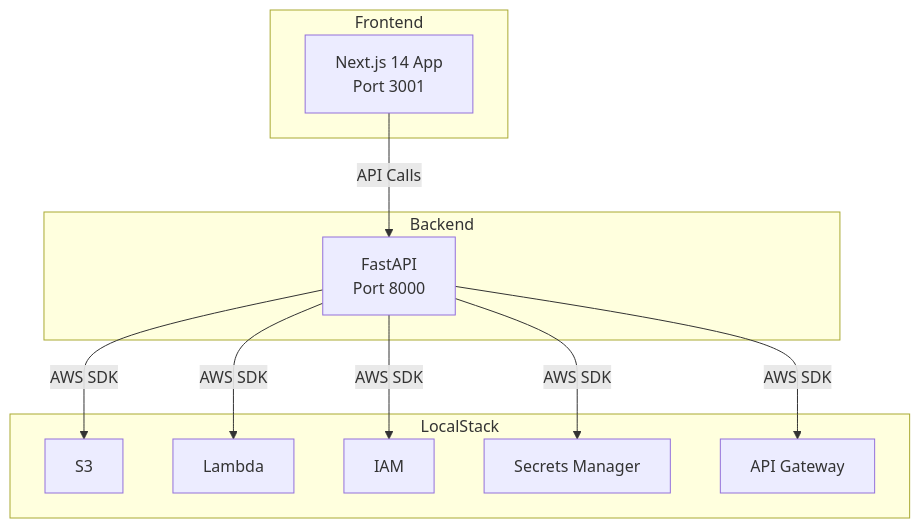
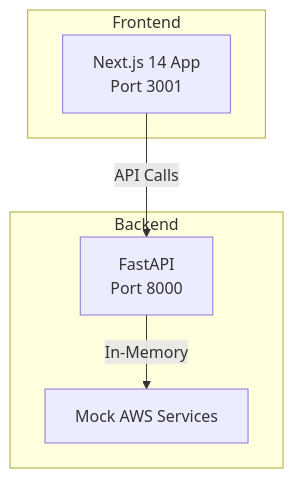
The diagram in README.md (ethanolivertroy/DamnVulnerableTrustCenter), drawn with Mermaid before and after one commit. The commit also changed other lines of this file and 22 other files, not shown here.

First line of the commit message:
Remove LocalStack dependency, use mock AWS services

````diff
--- a/README.md
+++ b/README.md
@@ -44,25 +45,14 @@
 ```mermaid
 graph TB
     subgraph "Frontend"
         A[Next.js 14 App<br/>Port 3001]
     end
 
     subgraph "Backend"
         B[FastAPI<br/>Port 8000]
-    end
-
-    subgraph "LocalStack"
-        C[S3]
-        D[Lambda]
-        E[IAM]
-        F[Secrets Manager]
-        G[API Gateway]
+        C[Mock AWS Services]
     end
 
     A -->|API Calls| B
-    B -->|AWS SDK| C
-    B -->|AWS SDK| D
-    B -->|AWS SDK| E
-    B -->|AWS SDK| F
-    B -->|AWS SDK| G
+    B -->|In-Memory| C
 ```
````
